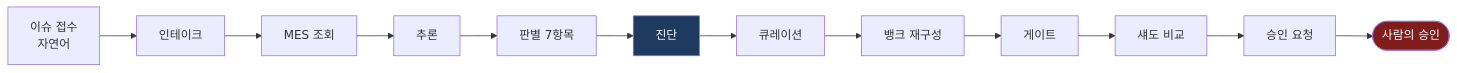
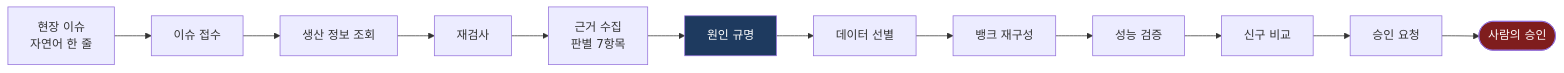
The third of 3 diagrams in README.md (LEEGILJUN/SK_AI_Hackathon), drawn with Mermaid before and after one commit. The commit also changed other lines of this file and 11 other files, not shown here.

````diff
--- a/README.md
+++ b/README.md
@@ -133,17 +133,17 @@
 ```mermaid
 flowchart LR
-    I[이슈 접수<br/>자연어] --> A1[인테이크]
-    A1 --> A2[MES 조회]
-    A2 --> A3[추론]
-    A3 --> A4[판별 7항목]
-    A4 --> A5[진단]
-    A5 --> A6[큐레이션]
+    I[현장 이슈<br/>자연어 한 줄] --> A1[이슈 접수]
+    A1 --> A2[생산 정보 조회]
+    A2 --> A3[재검사]
+    A3 --> A4[근거 수집<br/>판별 7항목]
+    A4 --> A5[원인 규명]
+    A5 --> A6[데이터 선별]
     A6 --> A7[뱅크 재구성]
-    A7 --> A8[게이트]
-    A8 --> A9[섀도 비교]
+    A7 --> A8[성능 검증]
+    A8 --> A9[신구 비교]
     A9 --> A10[승인 요청]
     A10 --> STOP([사람의 승인])
 
     style STOP fill:#7f1d1d,color:#fff
     style A5 fill:#1e3a5f,color:#fff
 ```
````
